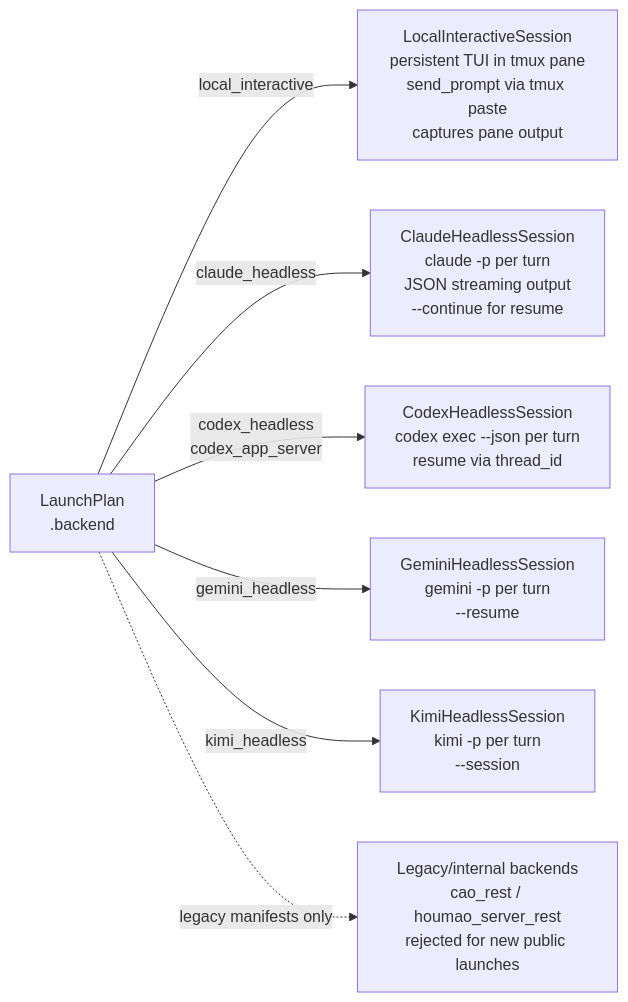
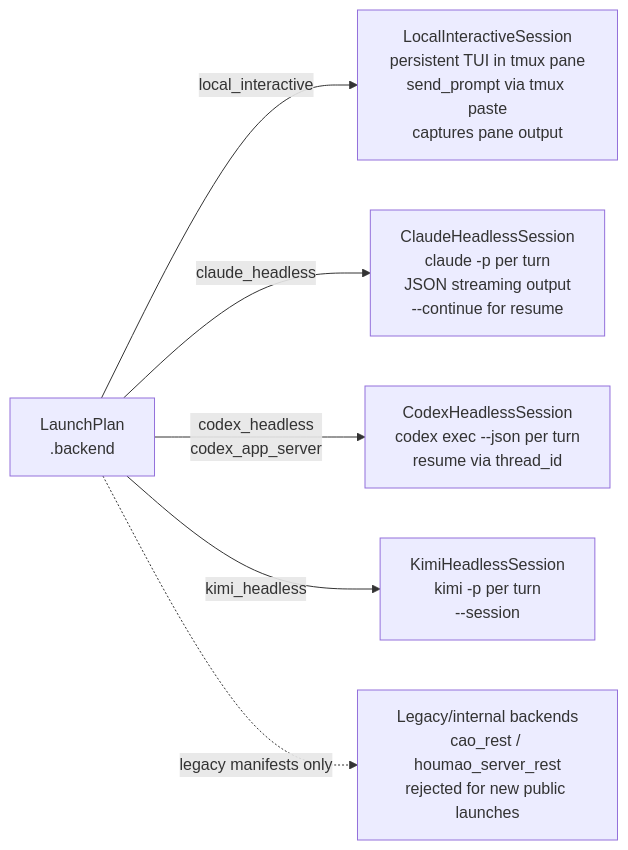
The diagram in docs/reference/run-phase/backends.md (igamenovoer/houmao), drawn with Mermaid before and after one commit. The commit also changed other lines of this file and 162 other files, not shown here.

````diff
--- a/docs/reference/run-phase/backends.md
+++ b/docs/reference/run-phase/backends.md
@@ -24,18 +23,16 @@
 ```mermaid
 flowchart LR
     LP["LaunchPlan<br/>.backend"]
 
     LI["LocalInteractiveSession<br/>persistent TUI in tmux pane<br/>send_prompt via tmux paste<br/>captures pane output"]
     CH["ClaudeHeadlessSession<br/>claude -p per turn<br/>JSON streaming output<br/>--continue for resume"]
     CX["CodexHeadlessSession<br/>codex exec --json per turn<br/>resume via thread_id"]
-    GH["GeminiHeadlessSession<br/>gemini -p per turn<br/>--resume <session_id>"]
     KH["KimiHeadlessSession<br/>kimi -p per turn<br/>--session <session_id>"]
     LEG["Legacy/internal backends<br/>cao_rest / houmao_server_rest<br/>rejected for new public launches"]
 
     LP -->|local_interactive| LI
     LP -->|claude_headless| CH
     LP -->|codex_headless<br/>codex_app_server| CX
-    LP -->|gemini_headless| GH
     LP -->|kimi_headless| KH
     LP -.->|legacy manifests only| LEG
 ```
````
